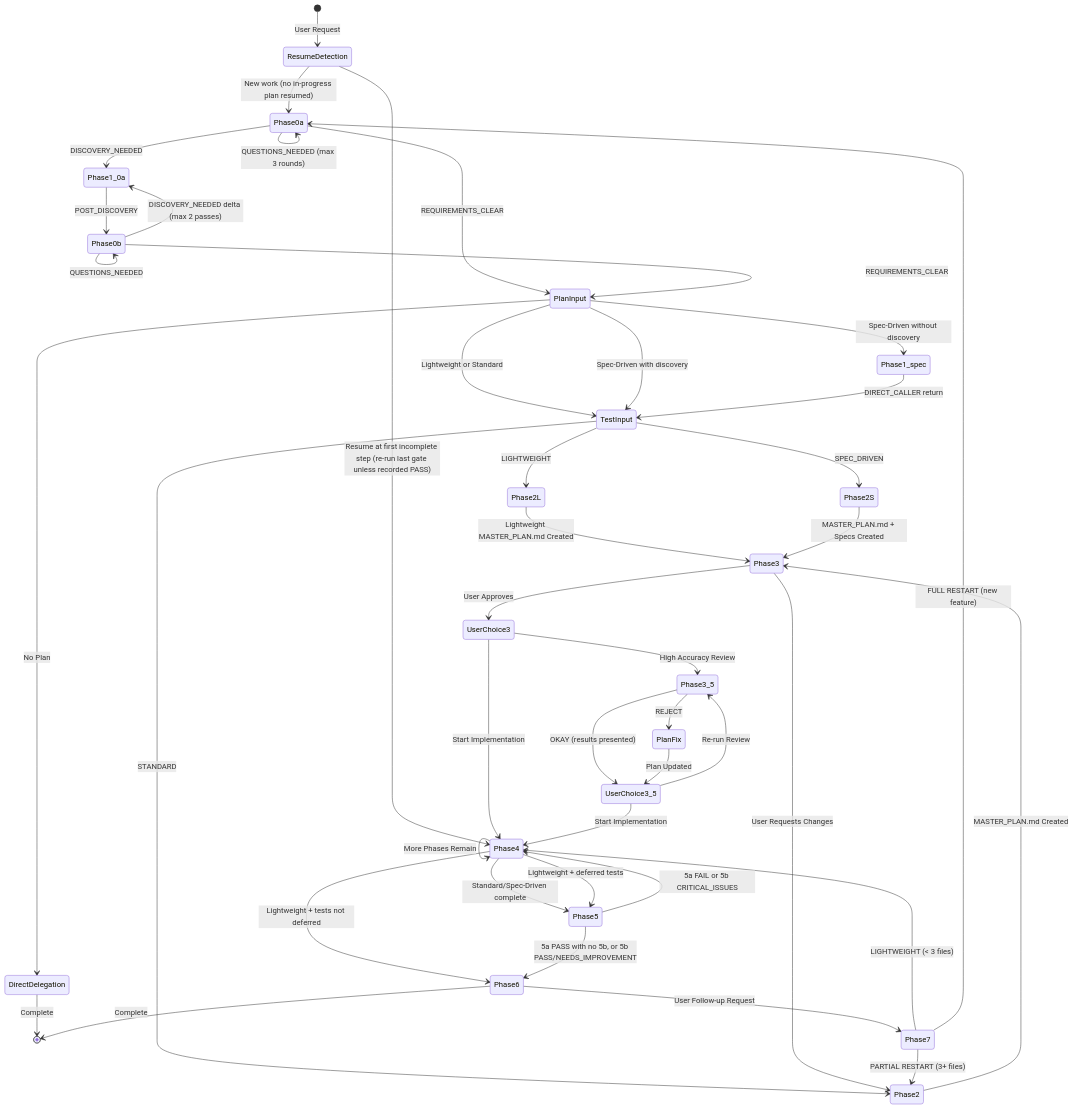
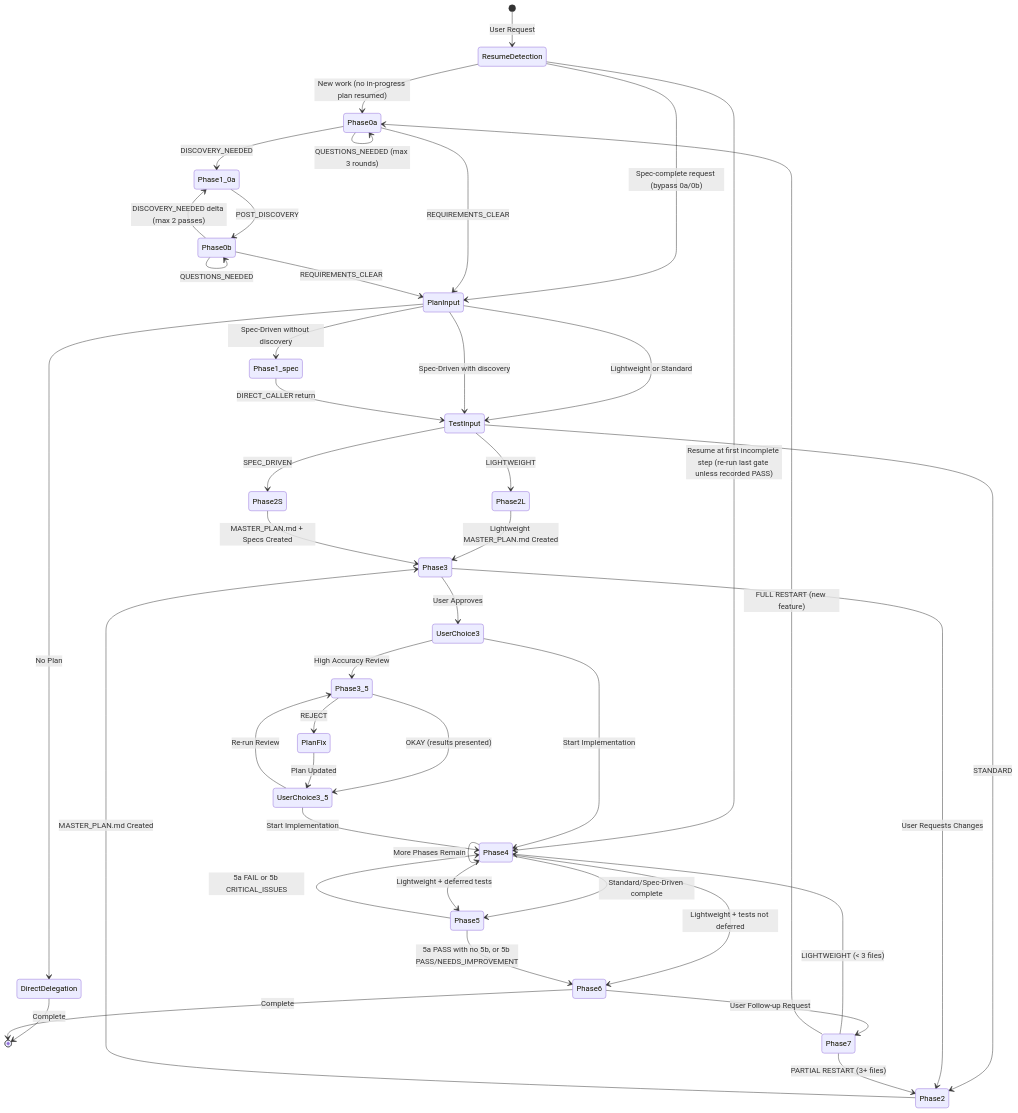
Before and after one commit to NachoFLizaur/corvus: the first of 6 diagrams in docs/CORVUS-STATE-MACHINE.md, drawn with Mermaid. The commit also changed other lines of this file and 8 other files, not shown here.

First line of the commit message:
feat(flow): conditional requirements analysis, code-quality slim, risk-triaged 4b

````diff
--- a/docs/CORVUS-STATE-MACHINE.md
+++ b/docs/CORVUS-STATE-MACHINE.md
@@ -21,62 +21,63 @@
 ```mermaid
 stateDiagram-v2
     [*] --> ResumeDetection: User Request
 
     ResumeDetection --> Phase0a: New work (no in-progress plan resumed)
+    ResumeDetection --> PlanInput: Spec-complete request (bypass 0a/0b)
     ResumeDetection --> Phase4: Resume at first incomplete step (re-run last gate unless recorded PASS)
 
     Phase0a --> PlanInput: REQUIREMENTS_CLEAR
     Phase0a --> Phase0a: QUESTIONS_NEEDED (max 3 rounds)
     Phase0a --> Phase1_0a: DISCOVERY_NEEDED
 
     Phase1_0a --> Phase0b: POST_DISCOVERY
 
     Phase0b --> PlanInput: REQUIREMENTS_CLEAR
     Phase0b --> Phase0b: QUESTIONS_NEEDED
     Phase0b --> Phase1_0a: DISCOVERY_NEEDED delta (max 2 passes)
 
     PlanInput --> DirectDelegation: No Plan
     PlanInput --> TestInput: Lightweight or Standard
     PlanInput --> TestInput: Spec-Driven with discovery
     PlanInput --> Phase1_spec: Spec-Driven without discovery
 
     Phase1_spec --> TestInput: DIRECT_CALLER return
 
     TestInput --> Phase2L: LIGHTWEIGHT
     TestInput --> Phase2: STANDARD
     TestInput --> Phase2S: SPEC_DRIVEN
 
     Phase2L --> Phase3: Lightweight MASTER_PLAN.md Created
     Phase2 --> Phase3: MASTER_PLAN.md Created
     Phase2S --> Phase3: MASTER_PLAN.md + Specs Created
 
     DirectDelegation --> [*]: Complete
 
     Phase3 --> UserChoice3: User Approves
     Phase3 --> Phase2: User Requests Changes
 
     UserChoice3 --> Phase4: Start Implementation
     UserChoice3 --> Phase3_5: High Accuracy Review
 
     Phase3_5 --> UserChoice3_5: OKAY (results presented)
     Phase3_5 --> PlanFix: REJECT
 
     PlanFix --> UserChoice3_5: Plan Updated
     UserChoice3_5 --> Phase3_5: Re-run Review
     UserChoice3_5 --> Phase4: Start Implementation
 
     Phase4 --> Phase5: Standard/Spec-Driven complete
     Phase4 --> Phase5: Lightweight + deferred tests
     Phase4 --> Phase6: Lightweight + tests not deferred
     Phase4 --> Phase4: More Phases Remain
 
     Phase5 --> Phase6: 5a PASS with no 5b, or 5b PASS/NEEDS_IMPROVEMENT
     Phase5 --> Phase4: 5a FAIL or 5b CRITICAL_ISSUES
 
     Phase6 --> Phase7: User Follow-up Request
     Phase6 --> [*]: Complete
 
     Phase7 --> Phase4: LIGHTWEIGHT (< 3 files)
     Phase7 --> Phase2: PARTIAL RESTART (3+ files)
     Phase7 --> Phase0a: FULL RESTART (new feature)
 ```
````
